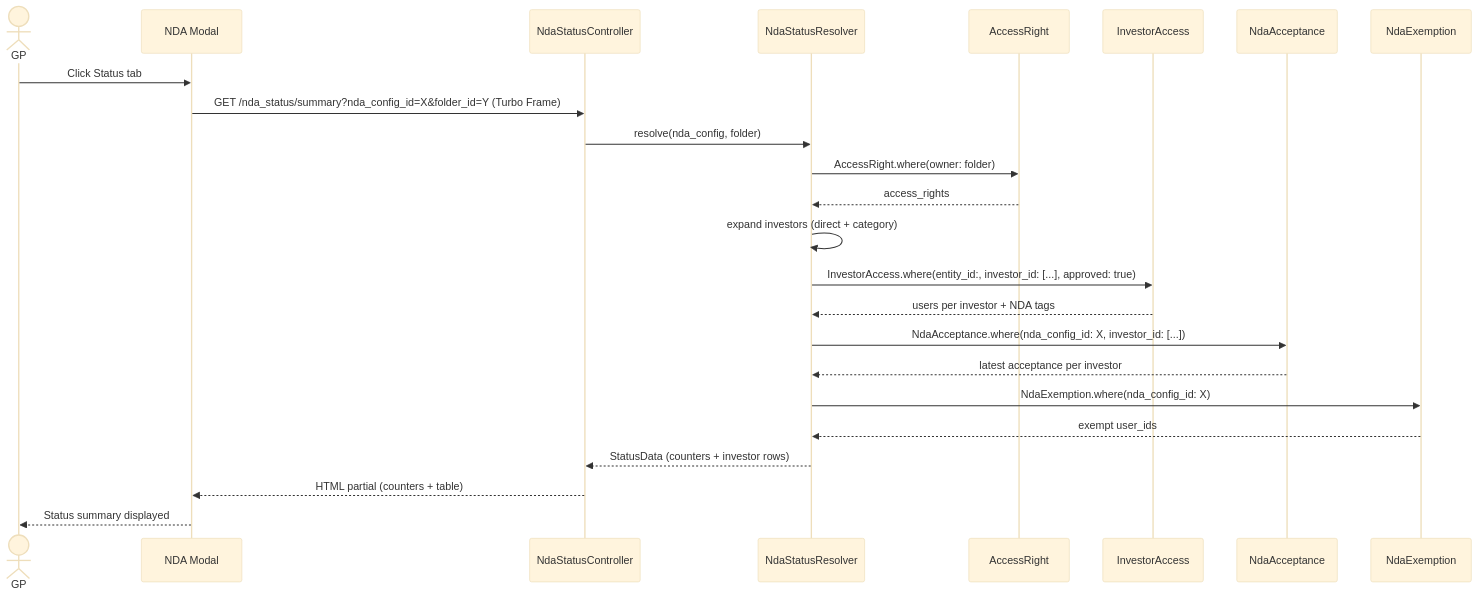
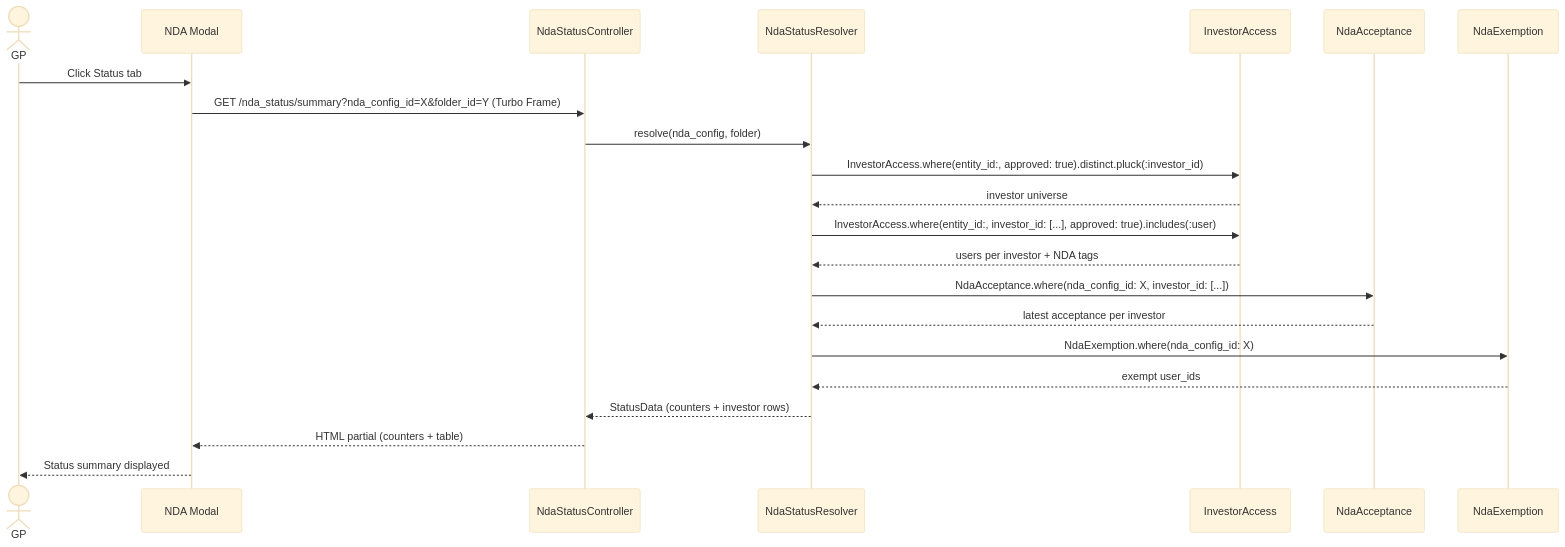
Before and after one commit to sampadadiwan/IRM_CompanyMain: the seventh of 11 diagrams in openspec/changes/nda-data-room-module-3-gp-dashboard/design.md, drawn with Mermaid (base theme). The commit also changed other lines of this file, not shown here.

First line of the commit message:
docs: Update design doc — InvestorAccess, HTML table, descope reminders

````diff
--- a/openspec/changes/nda-data-room-module-3-gp-dashboard/design.md
+++ b/openspec/changes/nda-data-room-module-3-gp-dashboard/design.md
@@ -294,27 +260,25 @@
 ```mermaid
 sequenceDiagram
     actor GP
     participant Modal as NDA Modal
     participant Ctrl as NdaStatusController
     participant Resolver as NdaStatusResolver
-    participant AR as AccessRight
     participant IA as InvestorAccess
     participant NA as NdaAcceptance
     participant NE as NdaExemption
 
     GP->>Modal: Click Status tab
     Modal->>Ctrl: GET /nda_status/summary?nda_config_id=X&folder_id=Y (Turbo Frame)
     Ctrl->>Resolver: resolve(nda_config, folder)
-    Resolver->>AR: AccessRight.where(owner: folder)
-    AR-->>Resolver: access_rights
-    Resolver->>Resolver: expand investors (direct + category)
-    Resolver->>IA: InvestorAccess.where(entity_id:, investor_id: [...], approved: true)
+    Resolver->>IA: InvestorAccess.where(entity_id:, approved: true).distinct.pluck(:investor_id)
+    IA-->>Resolver: investor universe
+    Resolver->>IA: InvestorAccess.where(entity_id:, investor_id: [...], approved: true).includes(:user)
     IA-->>Resolver: users per investor + NDA tags
     Resolver->>NA: NdaAcceptance.where(nda_config_id: X, investor_id: [...])
     NA-->>Resolver: latest acceptance per investor
     Resolver->>NE: NdaExemption.where(nda_config_id: X)
     NE-->>Resolver: exempt user_ids
     Resolver-->>Ctrl: StatusData (counters + investor rows)
     Ctrl-->>Modal: HTML partial (counters + table)
     Modal-->>GP: Status summary displayed
 ```
````
